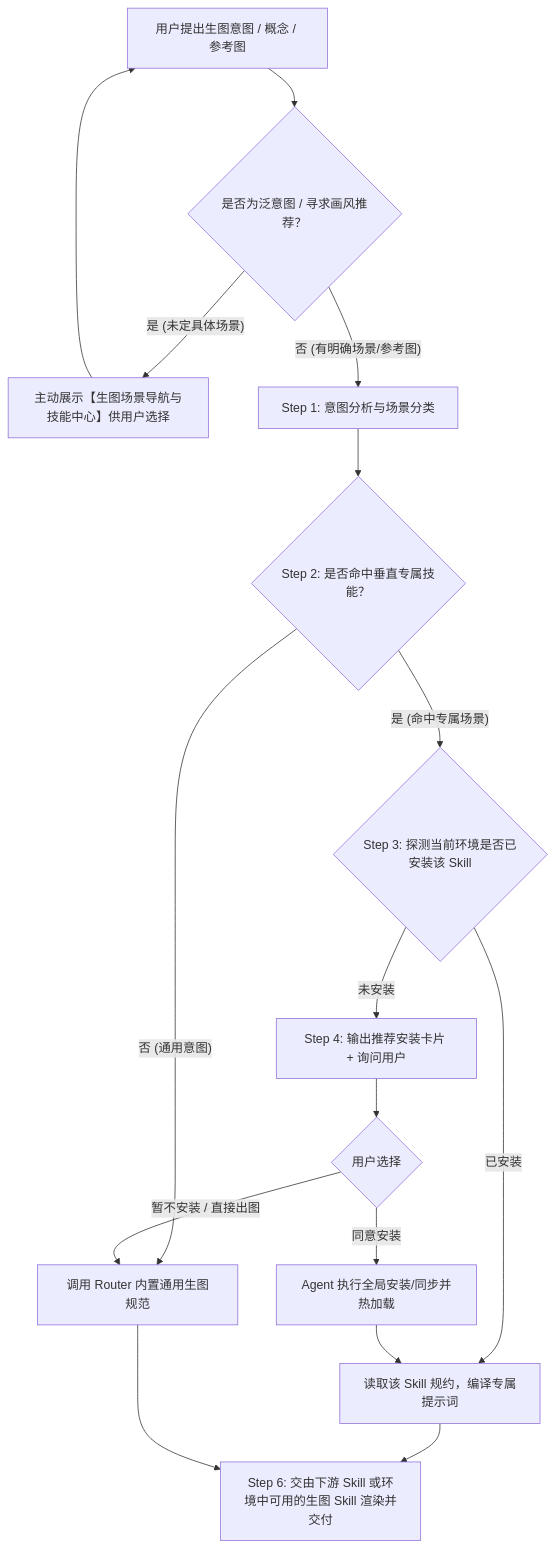
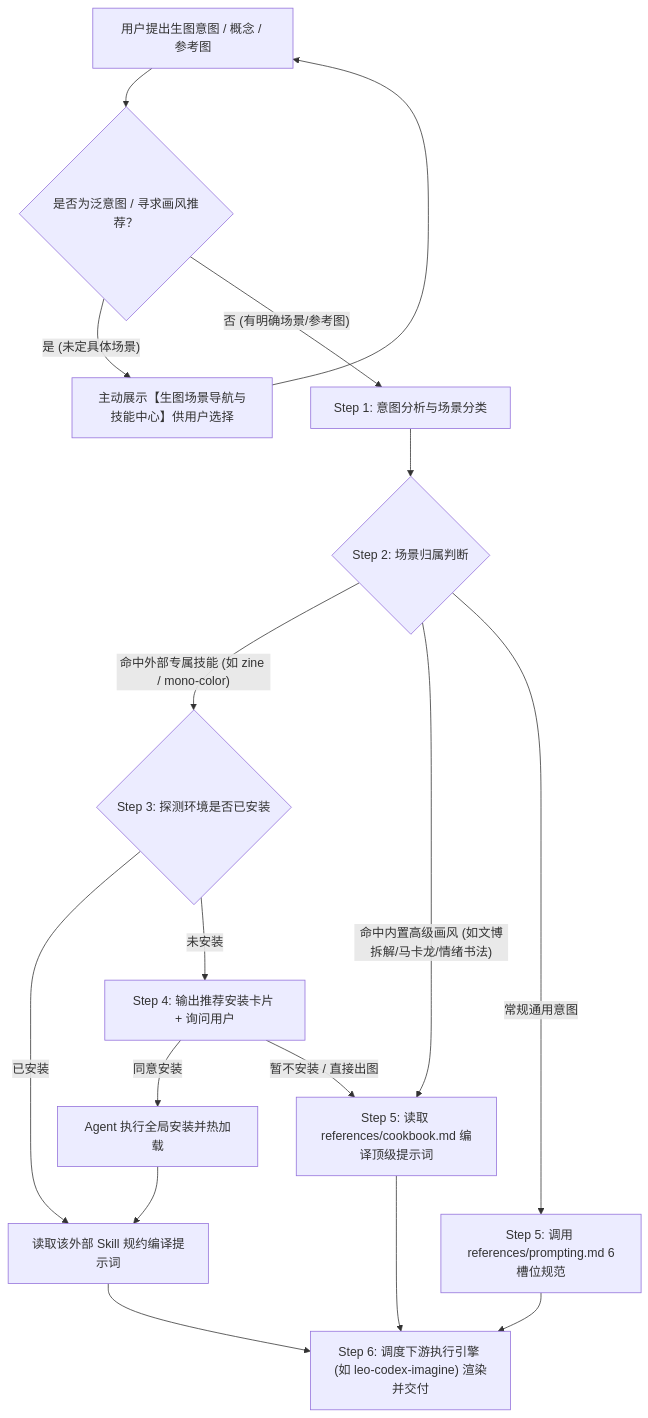
Before and after one commit to zlpawn/shrimp: the diagram in lib/skills/leo-imagine-router/SKILL.md, drawn with Mermaid. The commit also changed other lines of this file and 4 other files, not shown here.

Commit message:
feat(imagine-router): integrate comprehensive prompt cookbook and expand scene matrix

````diff
--- a/lib/skills/leo-imagine-router/SKILL.md
+++ b/lib/skills/leo-imagine-router/SKILL.md
@@ -22,17 +23,20 @@
 ```mermaid
 flowchart TD
     A["用户提出生图意图 / 概念 / 参考图"] --> B{"是否为泛意图 / 寻求画风推荐？"}
     B -- "是 (未定具体场景)" --> C["主动展示【生图场景导航与技能中心】供用户选择"]
     B -- "否 (有明确场景/参考图)" --> D["Step 1: 意图分析与场景分类"]
     C --> A
-    D --> E{"Step 2: 是否命中垂直专属技能？"}
-    E -- "否 (通用意图)" --> F["调用 Router 内置通用生图规范"]
-    E -- "是 (命中专属场景)" --> G{"Step 3: 探测当前环境是否已安装该 Skill"}
-    G -- "已安装" --> H["读取该 Skill 规约，编译专属提示词"]
-    G -- "未安装" --> I["Step 4: 输出推荐安装卡片 + 询问用户"]
-    I --> J{"用户选择"}
-    J -- "同意安装" --> K["Agent 执行全局安装/同步并热加载"] --> H
-    J -- "暂不安装 / 直接出图" --> F
-    H --> L["Step 6: 交由下游 Skill 或环境中可用的生图 Skill 渲染并交付"]
-    F --> L
+    D --> E{"Step 2: 场景归属判断"}
+    E -- "命中外部专属技能 (如 zine / mono-color)" --> F{"Step 3: 探测环境是否已安装"}
+    E -- "命中内置高级画风 (如文博拆解/马卡龙/情绪书法)" --> G["Step 5: 读取 references/cookbook.md 编译顶级提示词"]
+    E -- "常规通用意图" --> H["Step 5: 调用 references/prompting.md 6槽位规范"]
+    
+    F -- "已安装" --> I["读取该外部 Skill 规约编译提示词"]
+    F -- "未安装" --> J["Step 4: 输出推荐安装卡片 + 询问用户"]
+    J -- "同意安装" --> K["Agent 执行全局安装并热加载"] --> I
+    J -- "暂不安装 / 直接出图" --> G
+    
+    G --> L["Step 6: 调度下游执行引擎 (如 leo-codex-imagine) 渲染并交付"]
+    H --> L
+    I --> L
 ```
````
